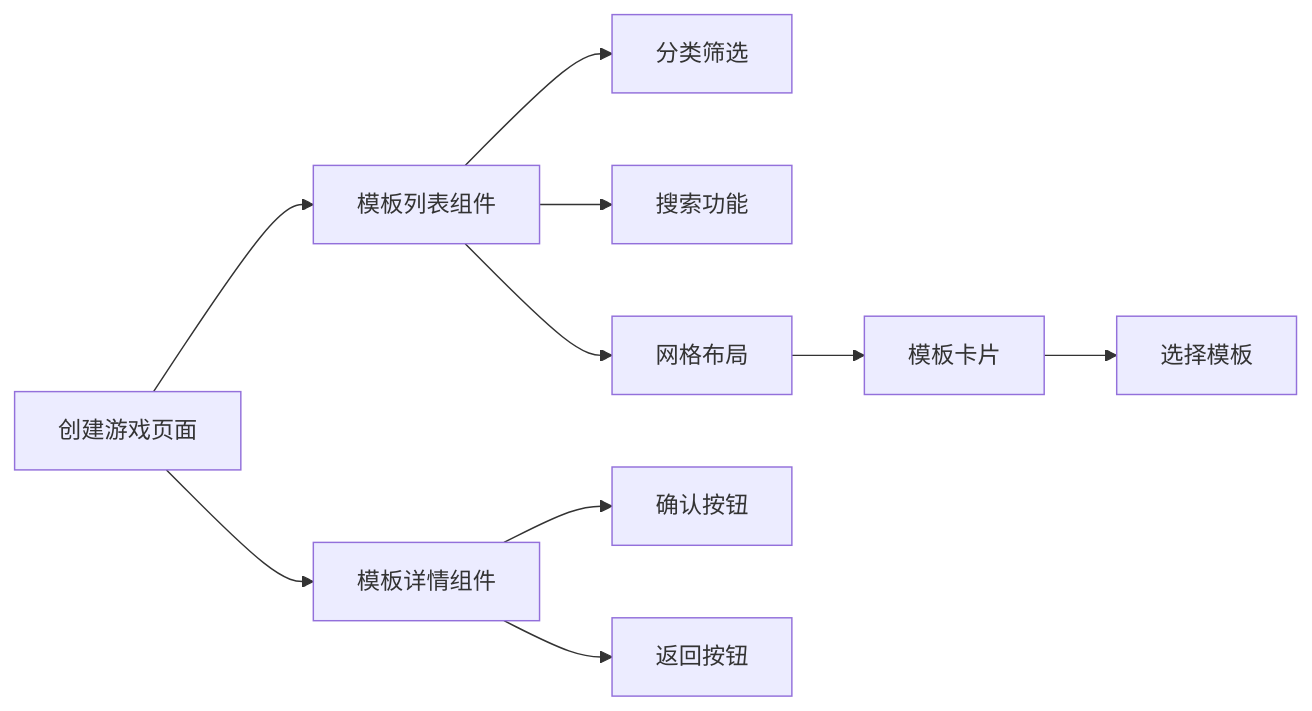
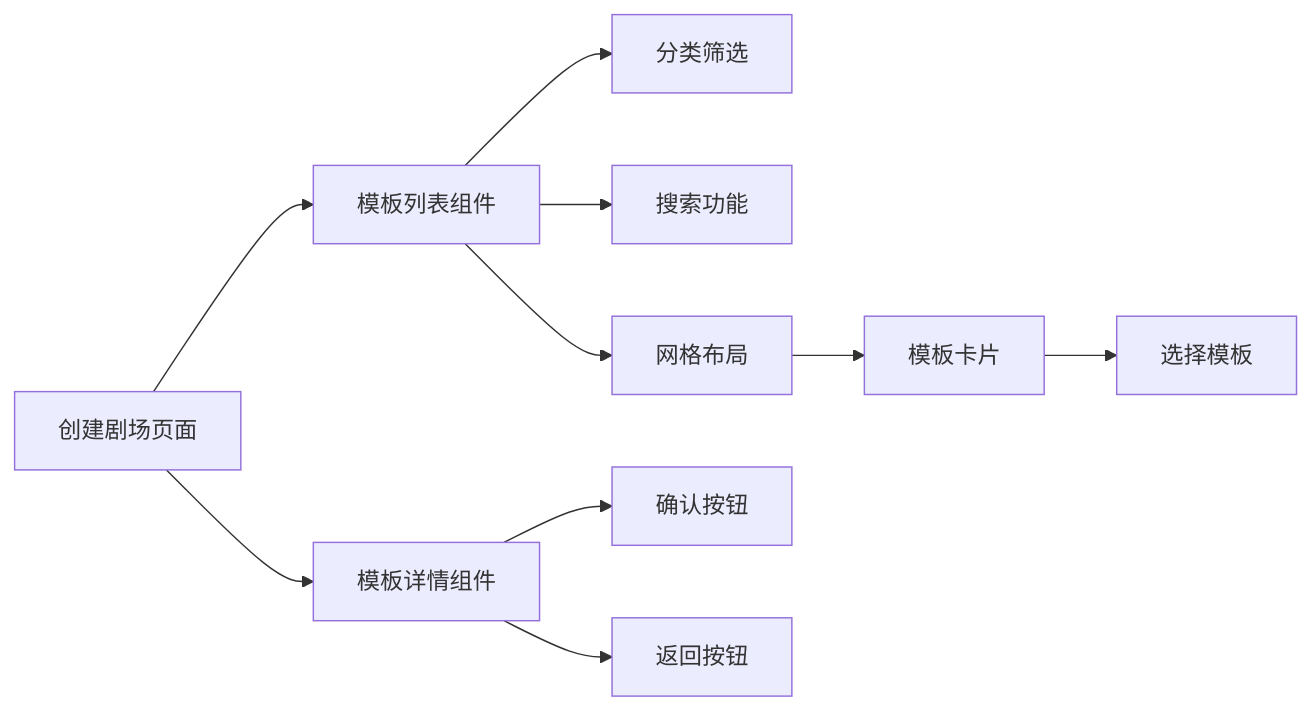
Before and after one commit to KunLabAI/KunFlix: the sixth of 9 diagrams in .qoder/repowiki/zh/content/后台管理系统/提示词模板管理系统.md, drawn with Mermaid. The commit also changed other lines of this file and 112 other files, not shown here.

````diff
--- a/.qoder/repowiki/zh/content/后台管理系统/提示词模板管理系统.md
+++ b/.qoder/repowiki/zh/content/后台管理系统/提示词模板管理系统.md
@@ -305,12 +305,12 @@
 ```mermaid
 flowchart LR
-PAGE[创建游戏页面] --> LIST[模板列表组件]
+PAGE[创建剧场页面] --> LIST[模板列表组件]
 PAGE --> DETAILS[模板详情组件]
 LIST --> FILTER[分类筛选]
 LIST --> SEARCH[搜索功能]
 LIST --> GRID[网格布局]
 DETAILS --> CONFIRM[确认按钮]
 DETAILS --> BACK[返回按钮]
 GRID --> CARD[模板卡片]
 CARD --> SELECT[选择模板]
 ```
````
